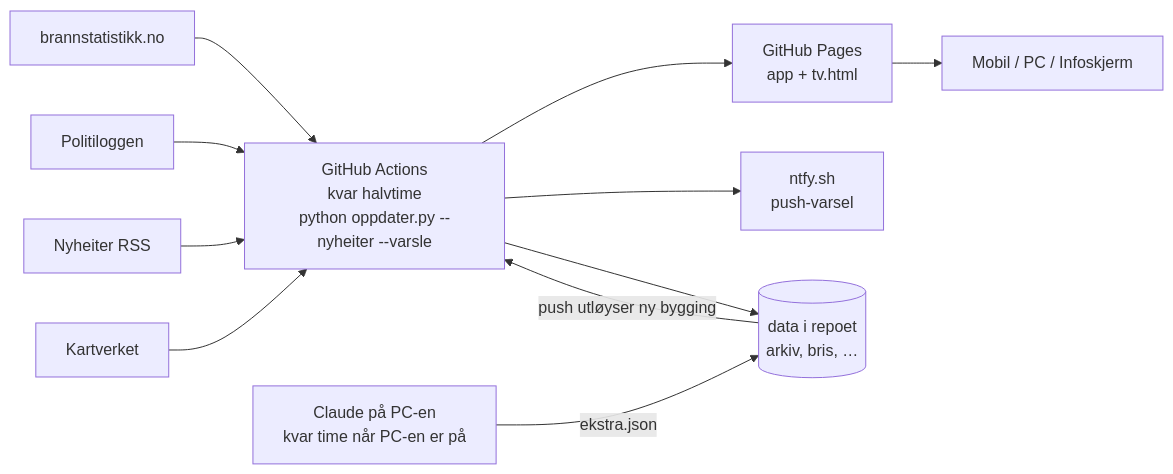
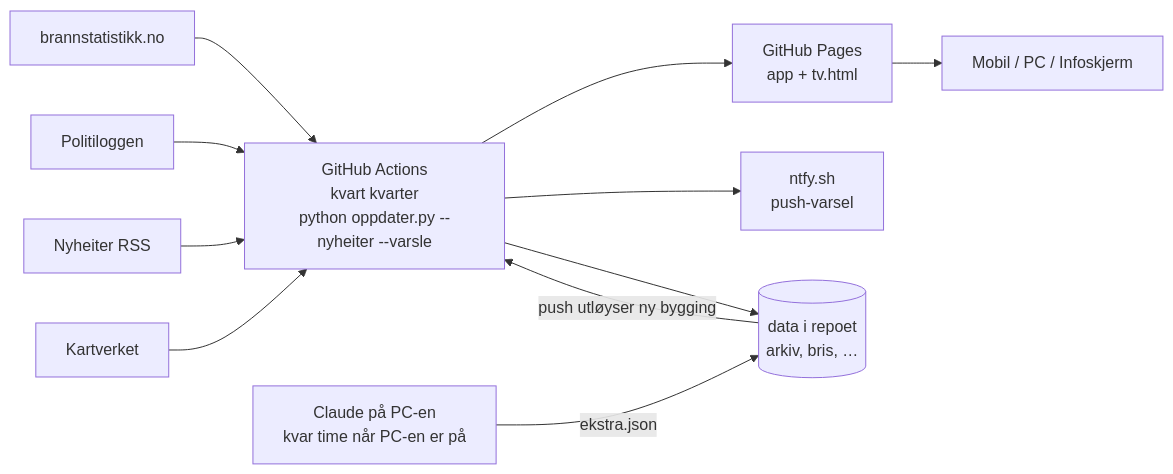
Before and after one commit to Lillerud-land1/brannlogg: the diagram in README.md, drawn with Mermaid. The commit also changed other lines of this file and 3 other files, not shown here.

Commit message:
Oppdater kvart kvarter i staden for kvar halvtime

````diff
--- a/README.md
+++ b/README.md
@@ -62,13 +62,13 @@
 ```mermaid
 flowchart LR
   BRIS[brannstatistikk.no] --> GH
   POL[Politiloggen] --> GH
   RSS[Nyheiter RSS] --> GH
   KV[Kartverket] --> GH
-  GH["GitHub Actions<br/>kvar halvtime<br/>python oppdater.py --nyheiter --varsle"] --> PAGES[GitHub Pages<br/>app + tv.html]
+  GH["GitHub Actions<br/>kvart kvarter<br/>python oppdater.py --nyheiter --varsle"] --> PAGES[GitHub Pages<br/>app + tv.html]
   GH --> NTFY[ntfy.sh<br/>push-varsel]
   GH --> REPO[(data i repoet<br/>arkiv, bris, …)]
   PC["Claude på PC-en<br/>kvar time når PC-en er på"] -->|ekstra.json| REPO
   REPO -->|push utløyser ny bygging| GH
   PAGES --> MOB[Mobil / PC / Infoskjerm]
 ```
````
